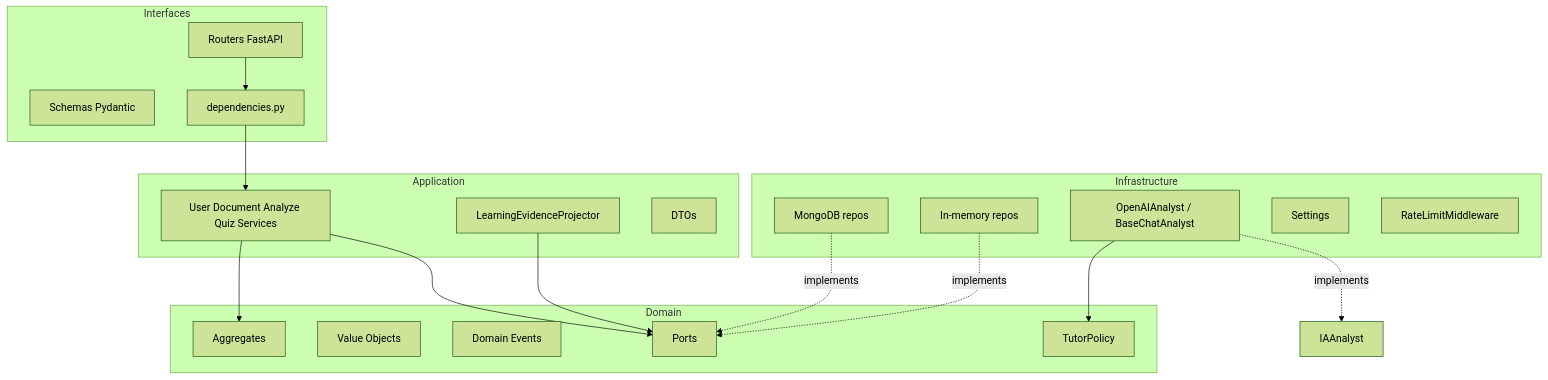
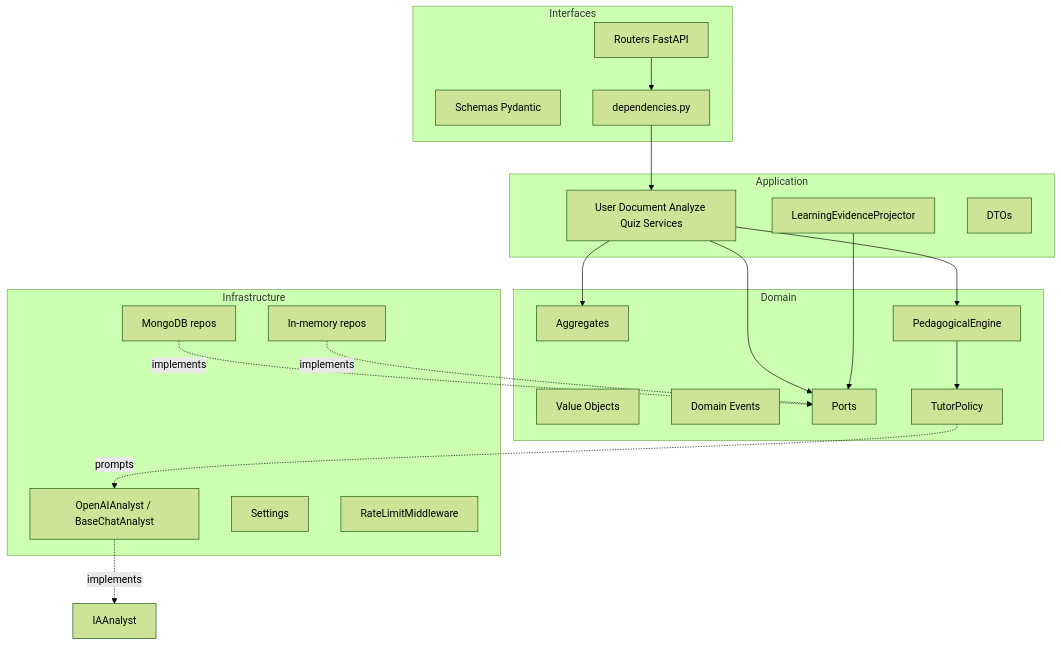
Before and after one commit to sa2009966/LARIA-IA: the first of 2 diagrams in backend/docs/architecture.md, drawn with Mermaid (forest theme). The commit also changed 49 other files, not shown here.

````diff
--- a/backend/docs/architecture.md
+++ b/backend/docs/architecture.md
@@ -12,36 +12,39 @@
 ```mermaid
 flowchart TB
   subgraph interfaces [Interfaces]
     Routers[Routers FastAPI]
     Schemas[Schemas Pydantic]
     DI[dependencies.py]
   end
   subgraph application [Application]
     Services[User Document Analyze Quiz Services]
     Projector[LearningEvidenceProjector]
     DTOs[DTOs]
   end
   subgraph domain [Domain]
     Aggregates[Aggregates]
     VOs[Value Objects]
     Events[Domain Events]
     Ports[Ports]
+    Engine[PedagogicalEngine]
     Policy[TutorPolicy]
   end
   subgraph infrastructure [Infrastructure]
     Mongo[MongoDB repos]
     Memory[In-memory repos]
     OpenAI[OpenAIAnalyst / BaseChatAnalyst]
     Config[Settings]
     RateLimit[RateLimitMiddleware]
   end
   Routers --> DI
   DI --> Services
   Services --> Ports
   Projector --> Ports
   Services --> Aggregates
-  OpenAI --> Policy
+  Services --> Engine
+  Engine --> Policy
+  Policy -.->|prompts| OpenAI
   Mongo -.->|implements| Ports
   Memory -.->|implements| Ports
   OpenAI -.->|implements| IAAnalyst
 ```
````
